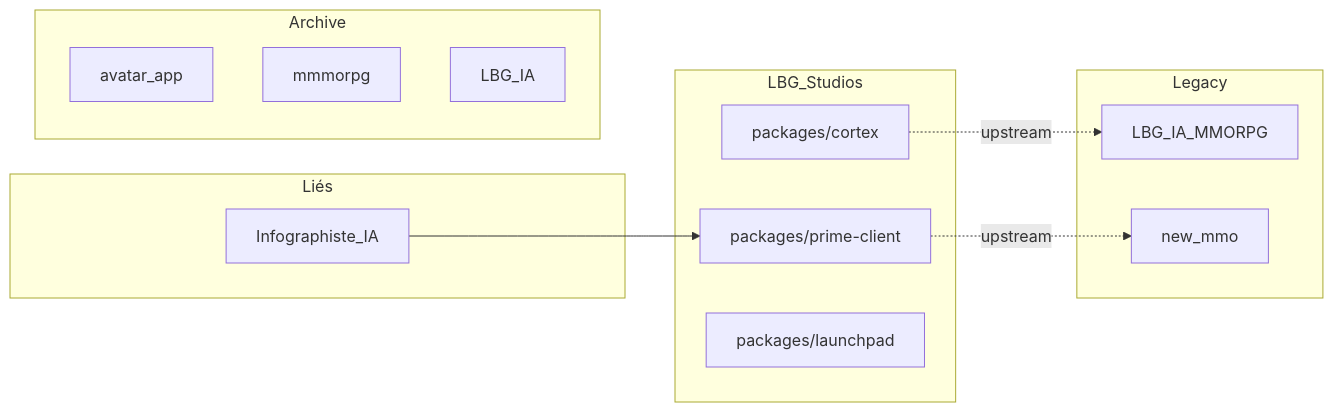
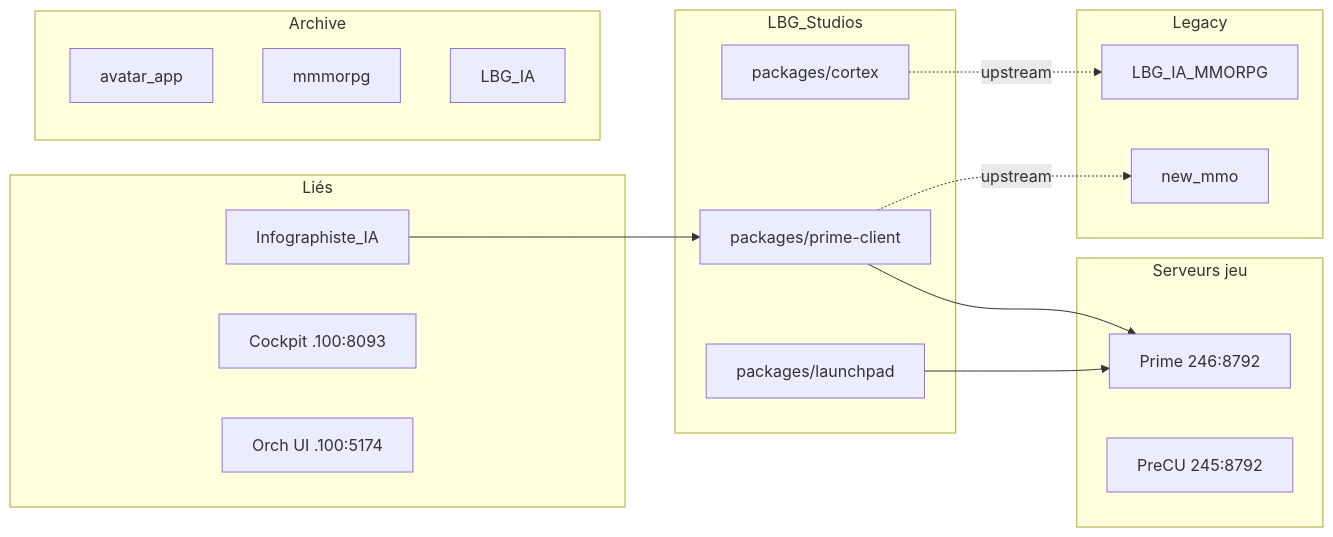
One commit to Teome0245/LBG_Studios changed the diagram in docs/REGISTRE.md. Above: the diagram before and after it, drawn with Mermaid. The commit also changed other lines of this file and 1 other file, not shown here.

Commit message:
feat(pilot): liens état/comptes Core3 245 & 246 (:8792)
Menu Jeu + carte Accueil ; registre documente les UI admin serveurs jeu.

````diff
--- a/docs/REGISTRE.md
+++ b/docs/REGISTRE.md
@@ -52,23 +60,31 @@
 ```mermaid
 flowchart LR
   subgraph studios["LBG_Studios"]
     CX["packages/cortex"]
     PC["packages/prime-client"]
     LP["packages/launchpad"]
   end
   subgraph linked["Liés"]
     INFO["Infographiste_IA"]
+    CK["Cockpit .100:8093"]
+    ORCH["Orch UI .100:5174"]
+  end
+  subgraph game["Serveurs jeu"]
+    P246["Prime 246:8792"]
+    P245["PreCU 245:8792"]
   end
   subgraph arch["Archive"]
     AVA["avatar_app"]
     MMM["mmmorpg"]
     LIA["LBG_IA"]
   end
   subgraph legacy["Legacy"]
     MMO["LBG_IA_MMORPG"]
     NM["new_mmo"]
   end
   INFO --> PC
   CX -.->|"upstream"| MMO
   PC -.->|"upstream"| NM
+  LP --> P246
+  PC --> P246
 ```
````
